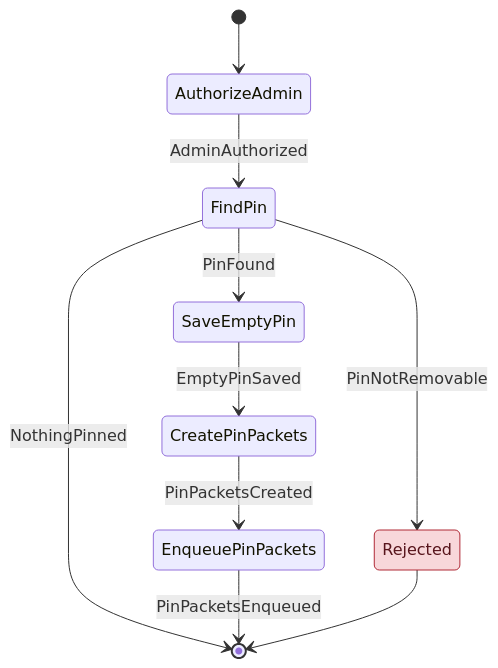
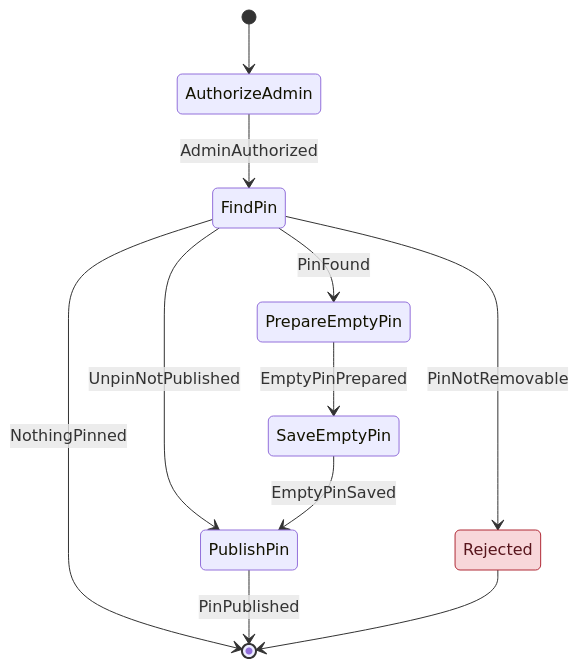
Diagram 19 of 19 in docs/architecture/workflows/groupstate.md (cbgm/Sparrow), drawn with Mermaid before and after one commit. The commit also changed other lines of this file and 193 other files, not shown here.

````diff
--- a/docs/architecture/workflows/groupstate.md
+++ b/docs/architecture/workflows/groupstate.md
@@ -374,14 +510,15 @@
 ```mermaid
 stateDiagram-v2
     [*] --> AuthorizeAdmin
     AuthorizeAdmin --> FindPin : AdminAuthorized
     FindPin --> [*] : NothingPinned
-    FindPin --> SaveEmptyPin : PinFound
+    FindPin --> PrepareEmptyPin : PinFound
     FindPin --> Rejected : PinNotRemovable
-    SaveEmptyPin --> CreatePinPackets : EmptyPinSaved
-    CreatePinPackets --> EnqueuePinPackets : PinPacketsCreated
-    EnqueuePinPackets --> [*] : PinPacketsEnqueued
+    FindPin --> PublishPin : UnpinNotPublished
+    PrepareEmptyPin --> SaveEmptyPin : EmptyPinPrepared
+    SaveEmptyPin --> PublishPin : EmptyPinSaved
+    PublishPin --> [*] : PinPublished
     Rejected --> [*]
     classDef reject fill:#f8d7da,stroke:#b02a37,color:#58151c
     class Rejected reject
 ```
````
